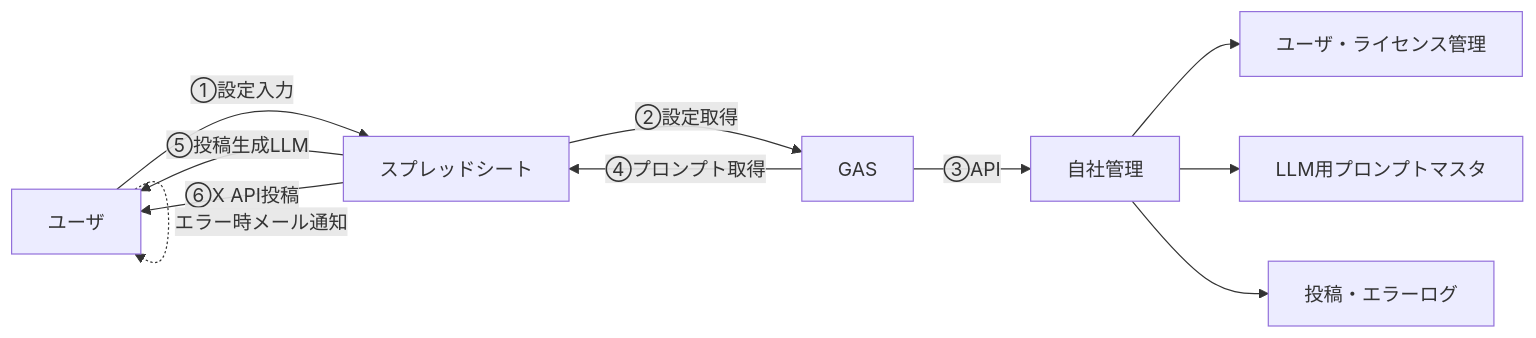
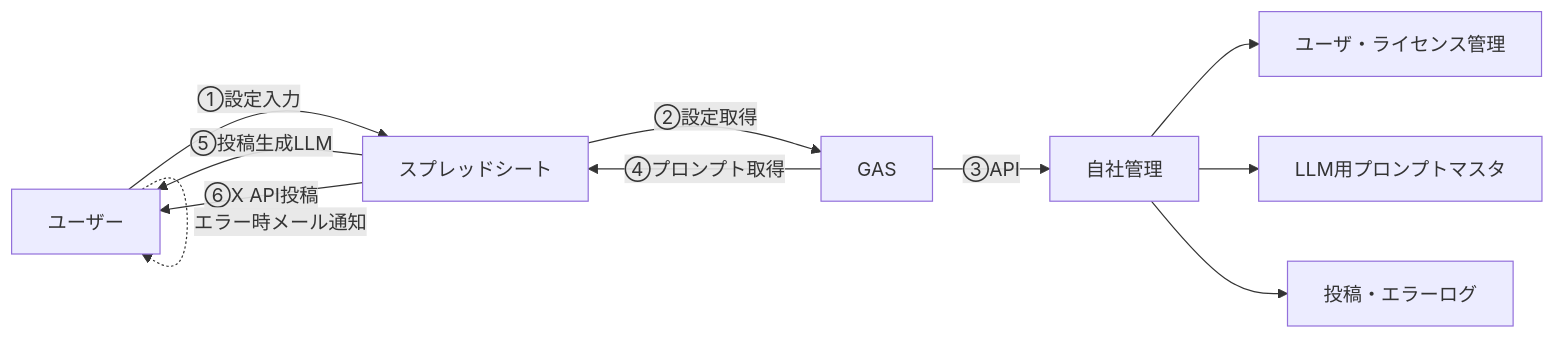
One commit to Binx808/x_automation_JP changed the diagram in README.md. Above: the diagram before and after it, drawn with Mermaid.

Commit message:
X自動投稿ツール概要

````diff
--- a/README.md
+++ b/README.md
@@ -9,13 +9,13 @@
 ```mermaid
 flowchart LR
     user[ユーザ] -->|①設定入力| sheet[スプレッドシート]
     sheet -->|②設定取得| gas[GAS]
     gas -->|③API| mgmt[自社管理]
     mgmt --> lic[ユーザ・ライセンス管理]
     mgmt --> prompt[LLM用プロンプトマスタ]
     mgmt --> log[投稿・エラーログ]
     gas -->|④プロンプト取得| sheet
     sheet -->|⑤投稿生成LLM| user
     sheet -->|⑥X API投稿| user
-    user -.->|エラー時メール通知| user
+    user -.->|エラー時メール通知| user[ユーザー]
 ```
````
